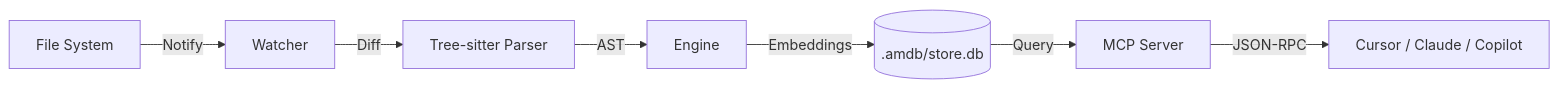
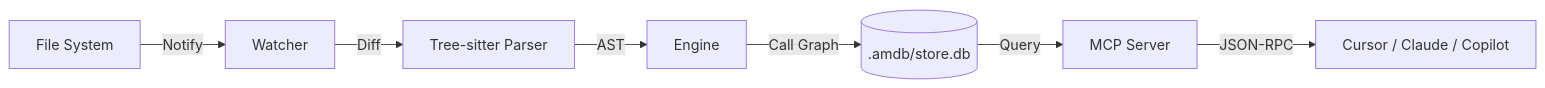
The diagram in README.md (BETAER-08/amdb), drawn with Mermaid before and after one commit. The commit also changed other lines of this file, not shown here.

````diff
--- a/README.md
+++ b/README.md
@@ -35,9 +32,9 @@
 ```mermaid
 graph LR
     FS[File System] -->|Notify| Watcher
     Watcher -->|Diff| Parser[Tree-sitter Parser]
     Parser -->|AST| Engine
-    Engine -->|Embeddings| DB[(.amdb/store.db)]
+    Engine -->|Call Graph| DB[(.amdb/store.db)]
     DB -->|Query| MCPServer[MCP Server]
     MCPServer -->|JSON-RPC| Client[Cursor / Claude / Copilot]
 ```
````
